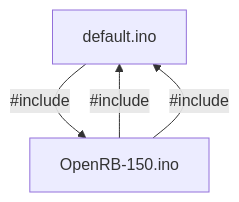
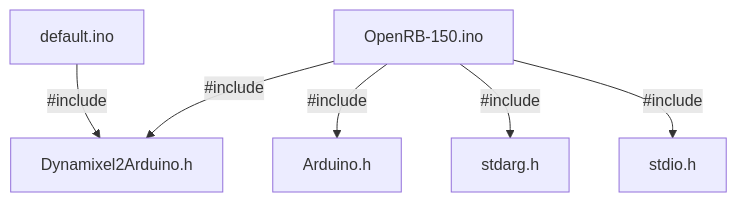
The diagram in Wheatley/ino/OpenRB150/AI_Graph.md (simonedland/Wheatley), drawn with Mermaid before and after one commit. The commit also changed 19 other files, not shown here.

````diff
--- a/Wheatley/ino/OpenRB150/AI_Graph.md
+++ b/Wheatley/ino/OpenRB150/AI_Graph.md
@@ -3,9 +3,16 @@
 ```mermaid
 graph TD
     default_ino["default.ino"]
     OpenRB_150_ino["OpenRB-150.ino"]
 
-    default_ino -->|#include <Dynamixel2Arduino.h>| OpenRB_150_ino
-    OpenRB_150_ino -->|#include <Dynamixel2Arduino.h>| default_ino
-    OpenRB_150_ino -->|#include <Arduino.h>| default_ino
+    default_ino -->|#include <Dynamixel2Arduino.h>| Dynamixel2Arduino_lib["Dynamixel2Arduino.h"]
+    OpenRB_150_ino -->|#include <Dynamixel2Arduino.h>| Dynamixel2Arduino_lib
+    OpenRB_150_ino -->|#include <Arduino.h>| Arduino_lib["Arduino.h"]
+    OpenRB_150_ino -->|#include <stdarg.h>| stdarg_lib["stdarg.h"]
+    OpenRB_150_ino -->|#include <stdio.h>| stdio_lib["stdio.h"]
+
+    %% Both .ino files are independent sketches, but both use Dynamixel2Arduino
+    %% OpenRB-150.ino uses Serial aliases and functionally overlaps with default.ino in hardware usage
+
+    %% No direct function or class usage between the two .ino files, but both depend on Dynamixel2Arduino
 ```
````
